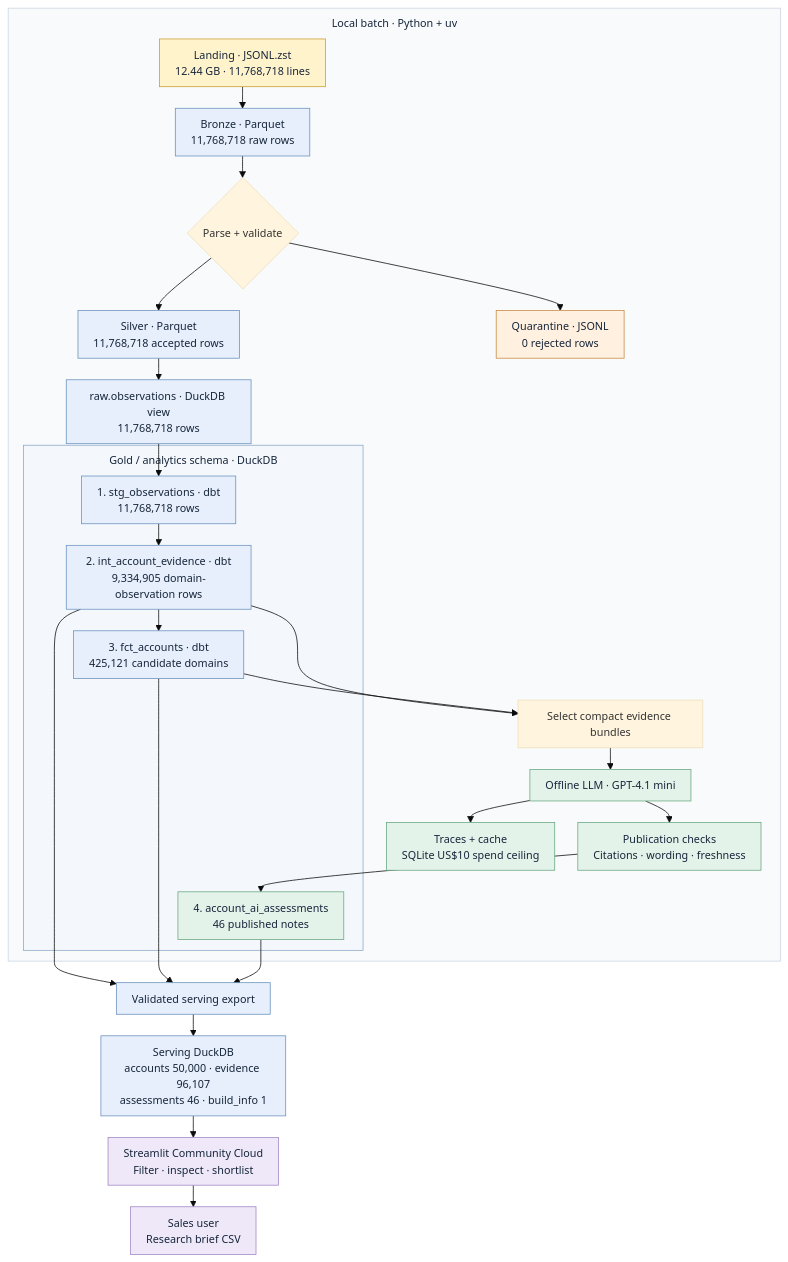
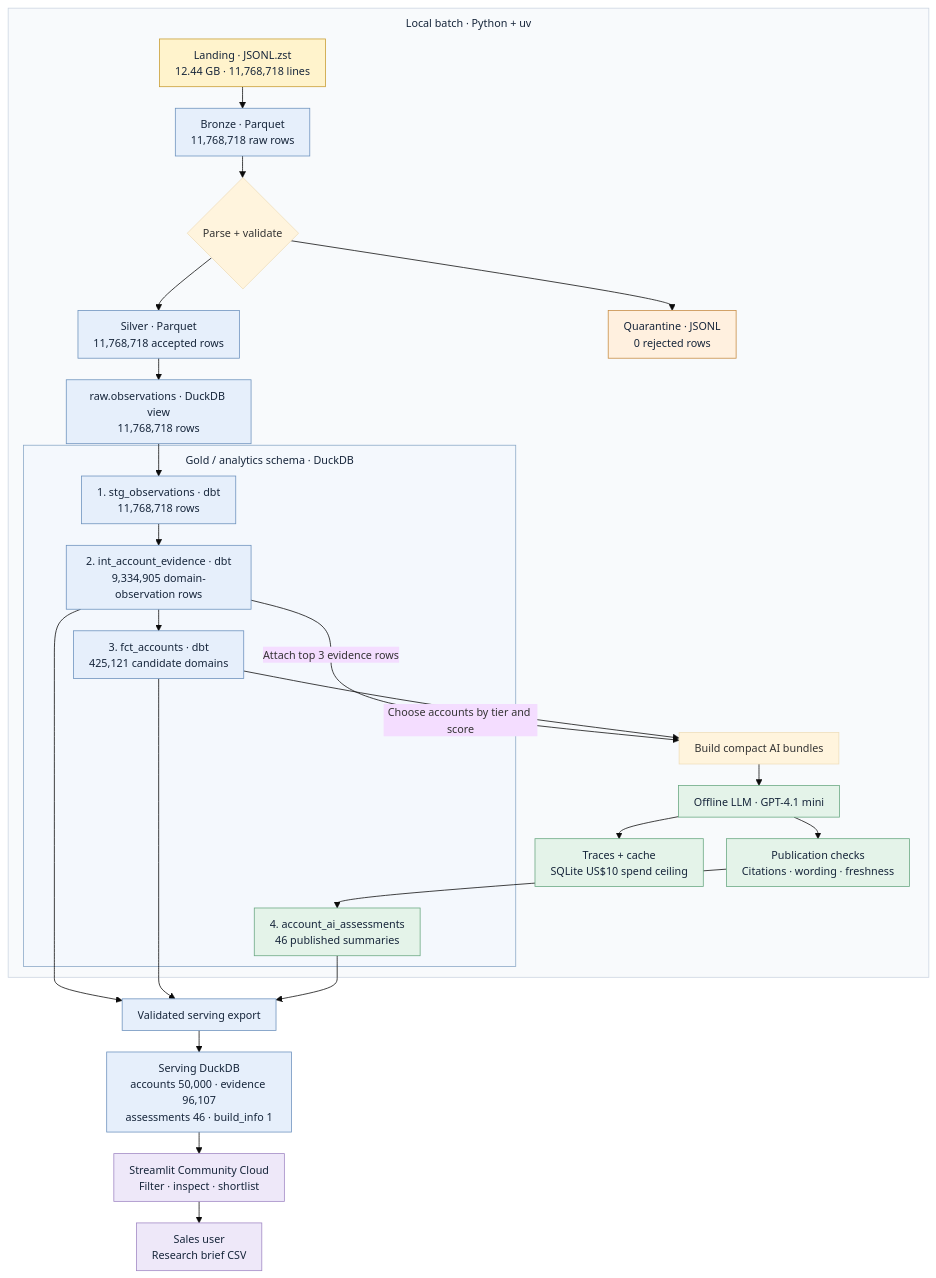
Before and after one commit to ronyabrah18/welook: the diagram in README.md, drawn with Mermaid. The commit also changed other lines of this file and 1 other file, not shown here.

Commit message:
Clarify AI bundle data flow

````diff
--- a/README.md
+++ b/README.md
@@ -31,45 +31,45 @@
 ```mermaid
 %%{init: {"theme":"base","themeVariables":{"fontSize":"14px","fontFamily":"Arial"},"flowchart":{"rankSpacing":28,"nodeSpacing":30,"padding":10,"subGraphTitleMargin":{"top":8,"bottom":18}}}}%%
 flowchart TB
     subgraph batch["Local batch · Python + uv"]
         L["Landing · JSONL.zst<br/>12.44 GB · 11,768,718 lines"] --> B["Bronze · Parquet<br/>11,768,718 raw rows"]
         B --> V{"Parse + validate"}
         V --> S["Silver · Parquet<br/>11,768,718 accepted rows"]
         V --> Q["Quarantine · JSONL<br/>0 rejected rows"]
         S --> R["raw.observations · DuckDB view<br/>11,768,718 rows"]
 
         subgraph analytics["Gold / analytics schema · DuckDB"]
             STG["1. stg_observations · dbt<br/>11,768,718 rows"] --> E["2. int_account_evidence · dbt<br/>9,334,905 domain-observation rows"]
             E --> A["3. fct_accounts · dbt<br/>425,121 candidate domains"]
-            GA["4. account_ai_assessments<br/>46 published notes"]
+            GA["4. account_ai_assessments<br/>46 published summaries"]
         end
 
         R --> STG
-        E --> SEL["Select compact evidence bundles"]
-        A --> SEL
+        E -->|Attach top 3 evidence rows| SEL["Build compact AI bundles"]
+        A -->|Choose accounts by tier and score| SEL
         SEL --> AI["Offline LLM · GPT-4.1 mini"]
         AI --> C["Traces + cache<br/>SQLite US$10 spend ceiling"]
         AI --> P["Publication checks<br/>Citations · wording · freshness"]
         P --> GA
     end
 
     E --> X["Validated serving export"]
     A --> X
     GA --> X
     X --> D["Serving DuckDB<br/>accounts 50,000 · evidence 96,107<br/>assessments 46 · build_info 1"]
     D --> UI["Streamlit Community Cloud<br/>Filter · inspect · shortlist"]
     UI --> U["Sales user<br/>Research brief CSV"]
 
     style batch fill:#f8fafc,stroke:#cbd5e1,color:#16253a
     style analytics fill:#f4f8fd,stroke:#8aa8c7,color:#16253a
     classDef source fill:#fff3cc,stroke:#c89c31,color:#16253a
     classDef data fill:#e6effb,stroke:#6c91bd,color:#16253a
     classDef ai fill:#e4f3e9,stroke:#68a780,color:#16253a
     classDef app fill:#eee8f9,stroke:#a087c4,color:#16253a
     classDef reject fill:#fff0df,stroke:#c68b42,color:#16253a
     class L source
     class B,S,R,STG,E,A,X,D data
     class AI,P,GA,C ai
     class UI,U app
     class Q reject
 ```
````
